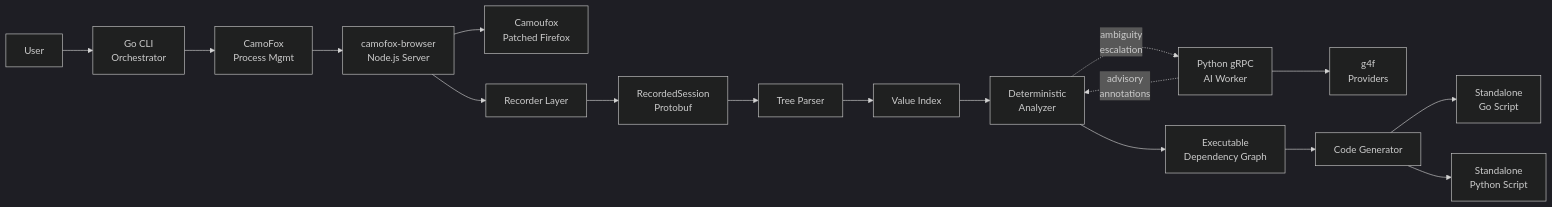
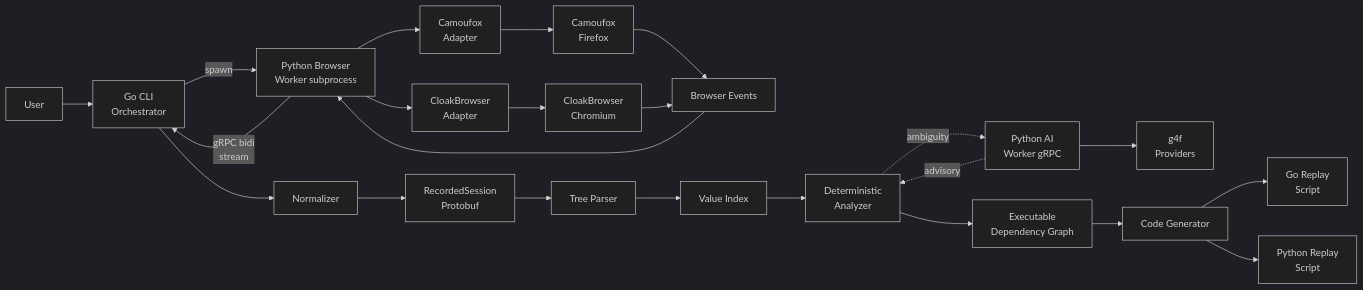
One commit to Aran404/autohttp changed the first of 3 diagrams in .agents/specs/architecture.md. Above: the diagram before and after it, drawn with Mermaid (dark theme). The commit also changed other lines of this file and 8 other files, not shown here.

Commit message:
docs(specs): rewrite to new python browser + gRPC streaming architecture

````diff
--- a/.agents/specs/architecture.md
+++ b/.agents/specs/architecture.md
@@ -202,24 +225,32 @@
 ```mermaid
 flowchart LR
     User[User] --> CLI[Go CLI<br>Orchestrator]
 
-    CLI --> CFMgr[CamoFox<br>Process Mgmt]
-    CFMgr --> CF[camofox-browser<br>Node.js Server]
-    CF --> Cfox[Camoufox<br>Patched Firefox]
+    CLI -->|spawn| Worker[Python Browser<br>Worker subprocess]
+    Worker -->|gRPC bidi<br>stream| CLI
 
-    CF --> Rec[Recorder Layer]
-    Rec --> Sess[RecordedSession<br>Protobuf]
+    Worker --> Camo[Camoufox<br>Adapter]
+    Worker --> Cloak[CloakBrowser<br>Adapter]
+
+    Camo --> Fx[Camoufox<br>Firefox]
+    Cloak --> Chr[CloakBrowser<br>Chromium]
+
+    Fx & Chr --> Events[Browser Events]
+    Events --> Worker
+
+    CLI --> Norm[Normalizer]
+    Norm --> Sess[RecordedSession<br>Protobuf]
 
     Sess --> Tree[Tree Parser]
     Tree --> Idx[Value Index]
     Idx --> Ana[Deterministic<br>Analyzer]
     Ana --> Graph[Executable<br>Dependency Graph]
 
-    Ana -. ambiguity<br>escalation .-> AI[Python gRPC<br>AI Worker]
-    AI -. advisory<br>annotations .-> Ana
+    Ana -. ambiguity .-> AI[Python AI<br>Worker gRPC]
+    AI -. advisory .-> Ana
     AI --> G4F[g4f<br>Providers]
 
     Graph --> Gen[Code Generator]
-    Gen --> GoFile[Standalone<br>Go Script]
-    Gen --> PyFile[Standalone<br>Python Script]
+    Gen --> GoFile[Go Replay<br>Script]
+    Gen --> PyFile[Python Replay<br>Script]
 ```
````
